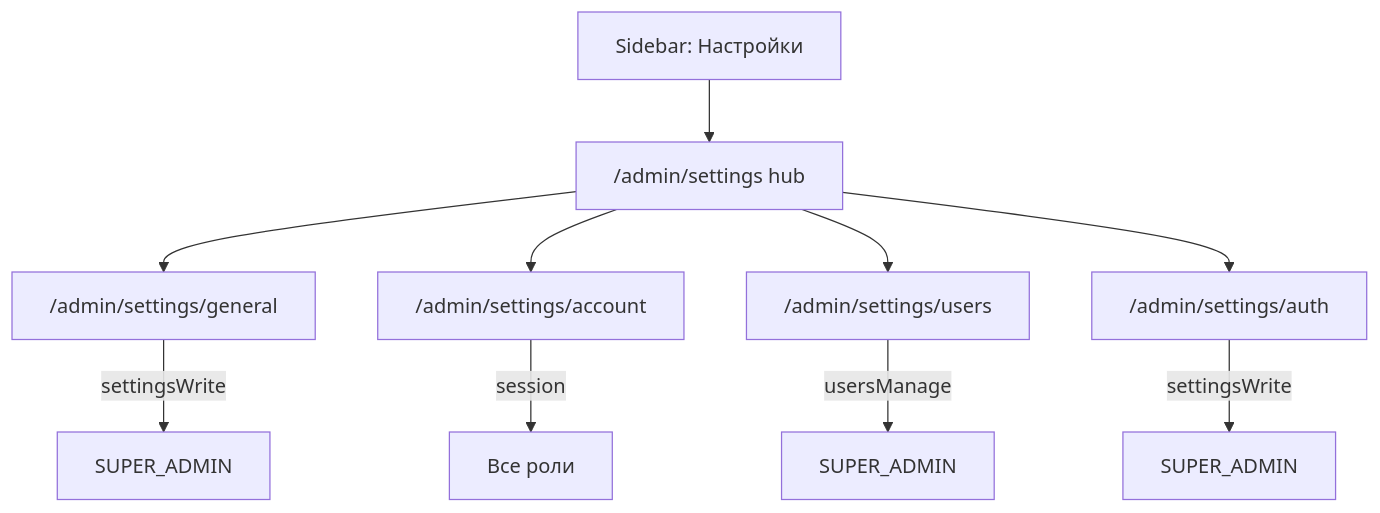
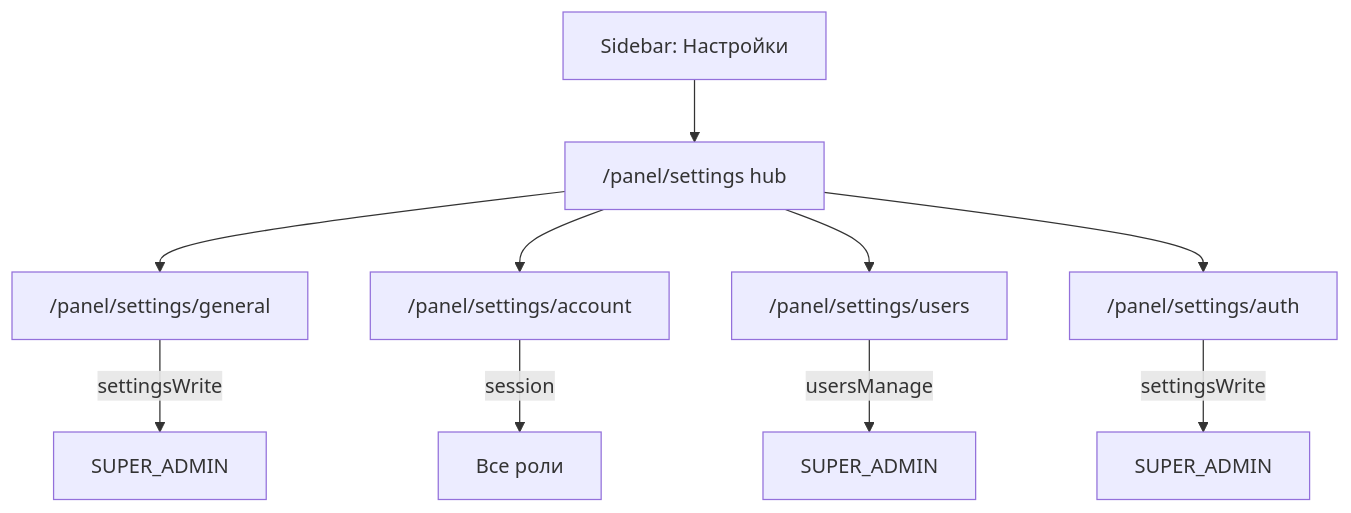
The diagram in .cursor/plans/settings_menu_restructure_71ef20dd.plan.md (butbeautifulv/fstec), drawn with Mermaid before and after one commit. The commit also changed other lines of this file and 204 other files, not shown here.

````diff
--- a/.cursor/plans/settings_menu_restructure_71ef20dd.plan.md
+++ b/.cursor/plans/settings_menu_restructure_71ef20dd.plan.md
@@ -30,12 +30,12 @@
 ```mermaid
 flowchart TD
-  sidebar["Sidebar: Настройки"] --> hub["/admin/settings hub"]
-  hub --> general["/admin/settings/general"]
-  hub --> account["/admin/settings/account"]
-  hub --> users["/admin/settings/users"]
-  hub --> auth["/admin/settings/auth"]
+  sidebar["Sidebar: Настройки"] --> hub["/panel/settings hub"]
+  hub --> general["/panel/settings/general"]
+  hub --> account["/panel/settings/account"]
+  hub --> users["/panel/settings/users"]
+  hub --> auth["/panel/settings/auth"]
   general -->|"settingsWrite"| adminOnly1[SUPER_ADMIN]
   account -->|"session"| allUsers[Все роли]
   users -->|"usersManage"| adminOnly2[SUPER_ADMIN]
   auth -->|"settingsWrite"| adminOnly3[SUPER_ADMIN]
 ```
````
